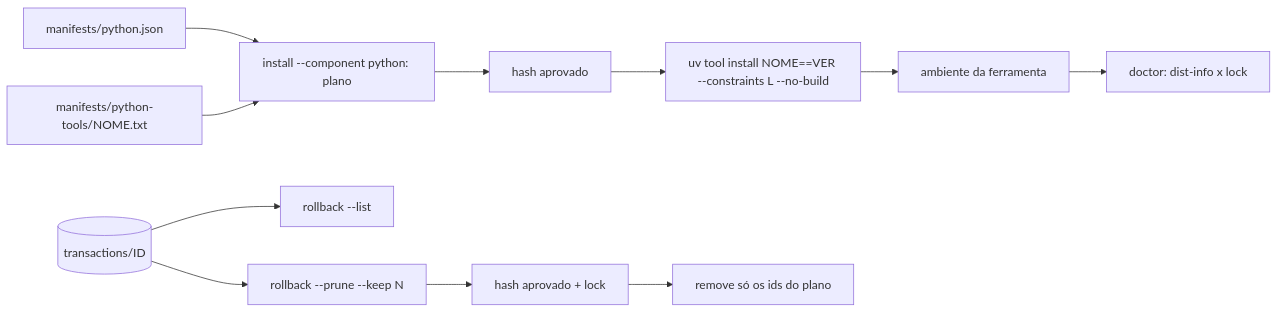
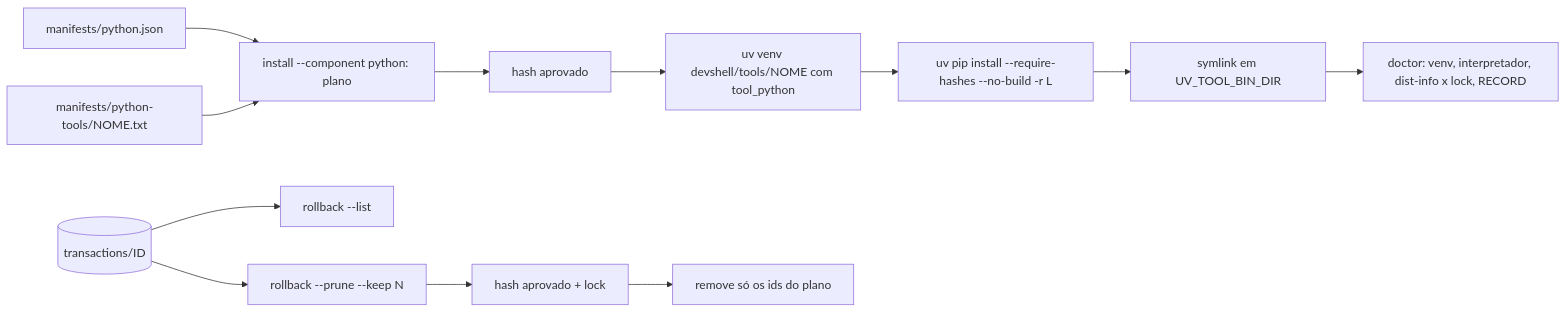
The diagram in docs/spec.md (talesgomes27/data-lab-dotfiles), drawn with Mermaid before and after one commit. The commit also changed other lines of this file and 29 other files, not shown here.

First line of the commit message:
feat: ferramentas Python em venvs com hash obrigatório (Bloco C) (#13)

````diff
--- a/docs/spec.md
+++ b/docs/spec.md
@@ -279,13 +329,14 @@
 ```mermaid
 flowchart LR
   M[manifests/python.json] --> P[install --component python: plano]
   L[manifests/python-tools/NOME.txt] --> P
   P --> H[hash aprovado]
-  H --> U[uv tool install NOME==VER --constraints L --no-build]
-  U --> E[ambiente da ferramenta]
-  E --> D[doctor: dist-info x lock]
+  H --> V[uv venv devshell/tools/NOME com tool_python]
+  V --> U[uv pip install --require-hashes --no-build -r L]
+  U --> E[symlink em UV_TOOL_BIN_DIR]
+  E --> D[doctor: venv, interpretador, dist-info x lock, RECORD]
   S[(transactions/ID)] --> LI[rollback --list]
   S --> PR[rollback --prune --keep N]
   PR --> H2[hash aprovado + lock]
   H2 --> X[remove só os ids do plano]
 ```
````
